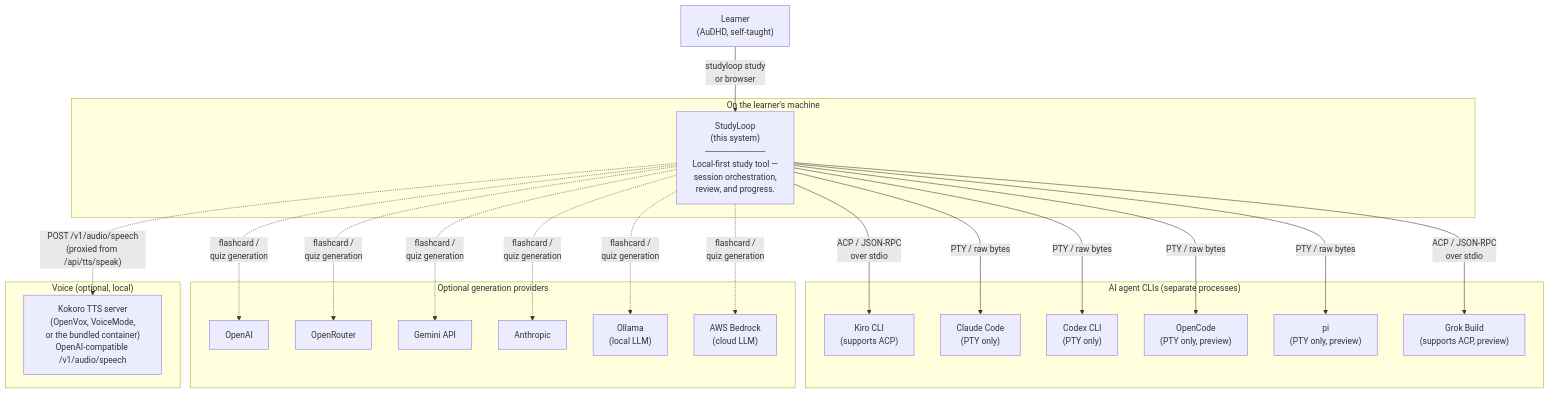
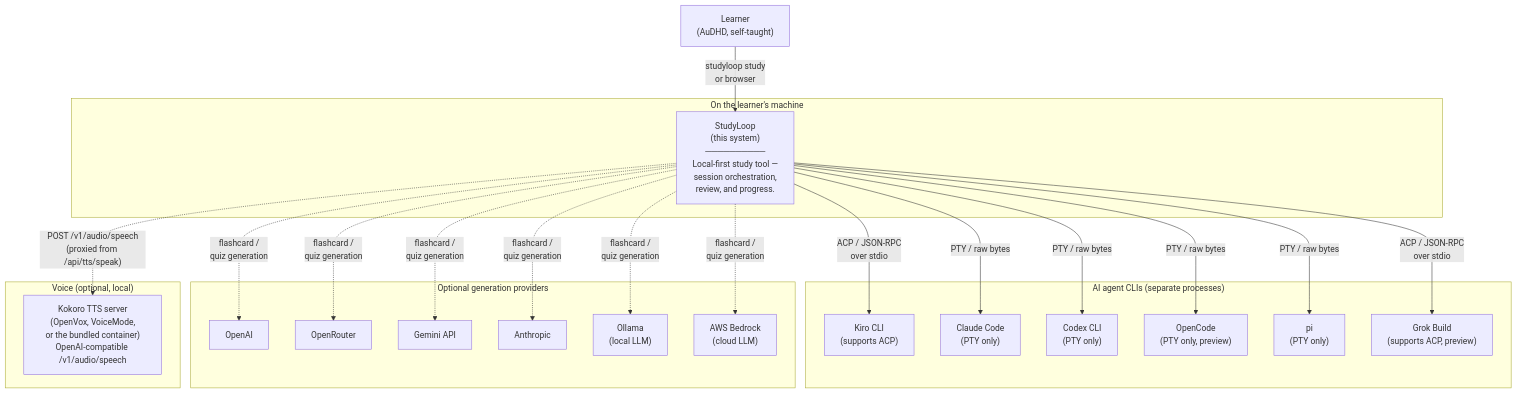
Before and after one commit to NetDevAutomate/StudyLoop: the first of 13 diagrams in docs/architecture/current.md, drawn with Mermaid. The commit also changed 17 other files, not shown here.

````diff
--- a/docs/architecture/current.md
+++ b/docs/architecture/current.md
@@ -18,45 +18,45 @@
 ```mermaid
 flowchart TB
     Learner["Learner<br/>(AuDHD, self-taught)"]
 
     subgraph "On the learner's machine"
       StudyLoop["StudyLoop<br/>(this system)<br/>──────────<br/>Local-first study tool —<br/>session orchestration,<br/>review, and progress."]
     end
 
     subgraph "AI agent CLIs (separate processes)"
       Kiro["Kiro CLI<br/>(supports ACP)"]
       Claude["Claude Code<br/>(PTY only)"]
       Codex["Codex CLI<br/>(PTY only)"]
       OpenCode["OpenCode<br/>(PTY only, preview)"]
-      Pi["pi<br/>(PTY only, preview)"]
+      Pi["pi<br/>(PTY only)"]
       Grok["Grok Build<br/>(supports ACP, preview)"]
     end
 
     subgraph "Optional generation providers"
       OpenAI["OpenAI"]
       OpenRouter["OpenRouter"]
       GeminiAPI["Gemini API"]
       Anthropic["Anthropic"]
       Ollama["Ollama<br/>(local LLM)"]
       Bedrock["AWS Bedrock<br/>(cloud LLM)"]
     end
 
     subgraph "Voice (optional, local)"
       Kokoro["Kokoro TTS server<br/>(OpenVox, VoiceMode,<br/>or the bundled container)<br/>OpenAI-compatible /v1/audio/speech"]
     end
 
     Learner -->|"studyloop study<br/>or browser"| StudyLoop
     StudyLoop -->|"ACP / JSON-RPC<br/>over stdio"| Kiro
     StudyLoop -->|"PTY / raw bytes"| Claude
     StudyLoop -->|"PTY / raw bytes"| Codex
     StudyLoop -->|"PTY / raw bytes"| OpenCode
     StudyLoop -->|"PTY / raw bytes"| Pi
     StudyLoop -->|"ACP / JSON-RPC<br/>over stdio"| Grok
     StudyLoop -.->|"flashcard /<br/>quiz generation"| OpenAI
     StudyLoop -.->|"flashcard /<br/>quiz generation"| OpenRouter
     StudyLoop -.->|"flashcard /<br/>quiz generation"| GeminiAPI
     StudyLoop -.->|"flashcard /<br/>quiz generation"| Anthropic
     StudyLoop -.->|"flashcard /<br/>quiz generation"| Ollama
     StudyLoop -.->|"flashcard /<br/>quiz generation"| Bedrock
     StudyLoop -.->|"POST /v1/audio/speech<br/>(proxied from /api/tts/speak)"| Kokoro
 ```
````
